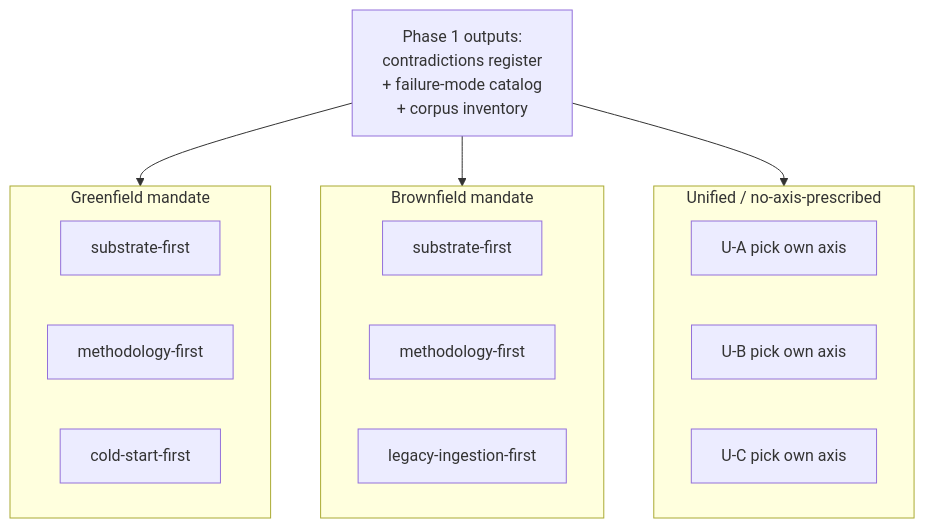
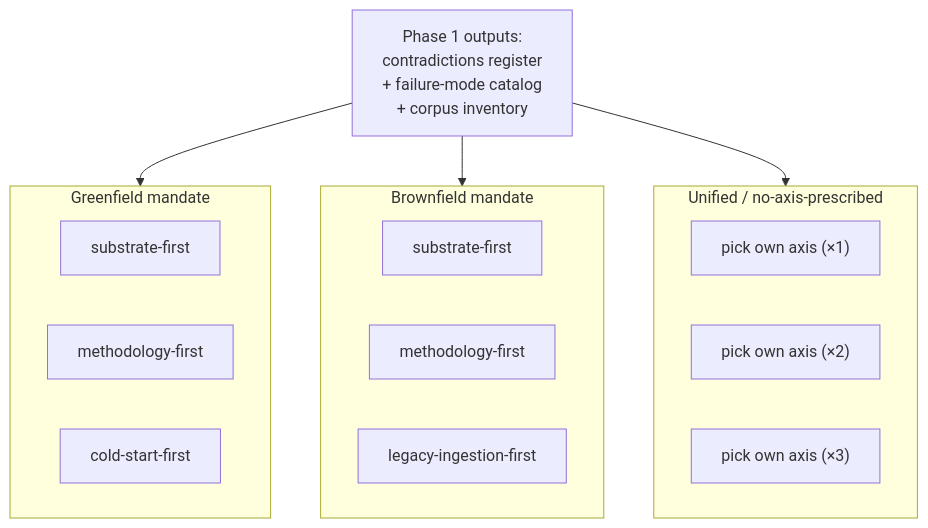
The third of 11 diagrams in research-plan-v3-primer.md (lago-morph/software-factory), drawn with Mermaid before and after one commit. The commit also changed other lines of this file, not shown here.

````diff
--- a/research-plan-v3-primer.md
+++ b/research-plan-v3-primer.md
@@ -76,26 +65,26 @@
 ```mermaid
 flowchart TB
     INPUTS["Phase 1 outputs:<br/>contradictions register<br/>+ failure-mode catalog<br/>+ corpus inventory"]
 
     INPUTS --> GF
     INPUTS --> BF
     INPUTS --> UN
 
     subgraph GF["Greenfield mandate"]
         G1["substrate-first"]
         G2["methodology-first"]
         G3["cold-start-first"]
     end
 
     subgraph BF["Brownfield mandate"]
         B1["substrate-first"]
         B2["methodology-first"]
         B3["legacy-ingestion-first"]
     end
 
     subgraph UN["Unified / no-axis-prescribed"]
-        U1["U-A pick own axis"]
-        U2["U-B pick own axis"]
-        U3["U-C pick own axis"]
+        U1["pick own axis (×1)"]
+        U2["pick own axis (×2)"]
+        U3["pick own axis (×3)"]
     end
 ```
````
